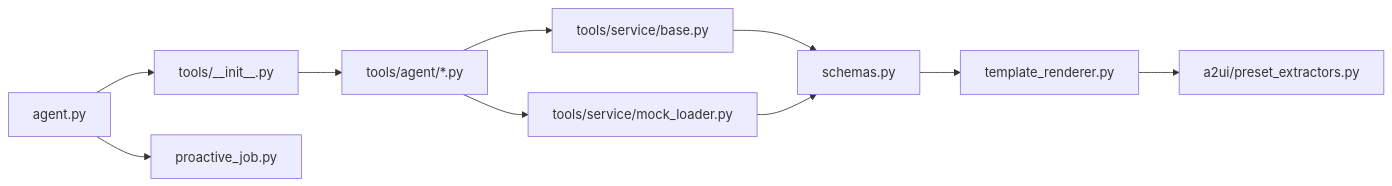
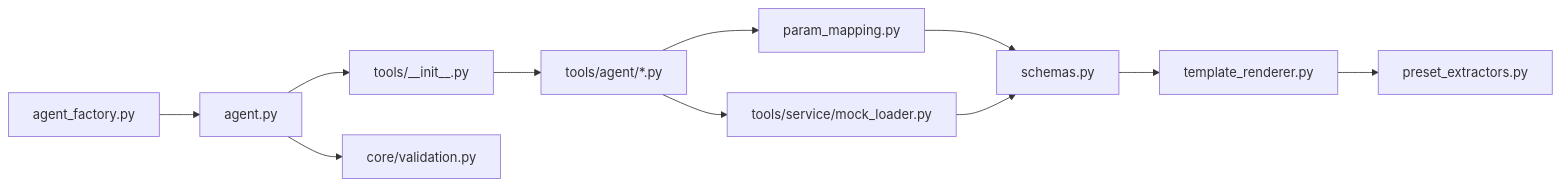
Before and after one commit to YU-JI-KUI/ark-agentic: the eighth of 8 diagrams in repowiki/zh/content/智能体实现/证券智能体/证券智能体.md, drawn with Mermaid. The commit also changed other lines of this file and 12 other files, not shown here.

````diff
--- a/repowiki/zh/content/智能体实现/证券智能体/证券智能体.md
+++ b/repowiki/zh/content/智能体实现/证券智能体/证券智能体.md
@@ -347,12 +338,13 @@
 ```mermaid
 graph LR
-AG["agent.py"] --> TK["tools/__init__.py"]
+AF["agent_factory.py"] --> AG["agent.py"]
+AG --> TK["tools/__init__.py"]
 TK --> AT["tools/agent/*.py"]
-AT --> SB["tools/service/base.py"]
+AT --> PM["param_mapping.py"]
 AT --> SM["tools/service/mock_loader.py"]
-SB --> SC["schemas.py"]
+PM --> SC["schemas.py"]
 SM --> SC
 SC --> TR["template_renderer.py"]
-TR --> AE["a2ui/preset_extractors.py"]
-AG --> PJ["proactive_job.py"]
+TR --> AE["preset_extractors.py"]
+AG --> EV["core/validation.py"]
 ```
````
